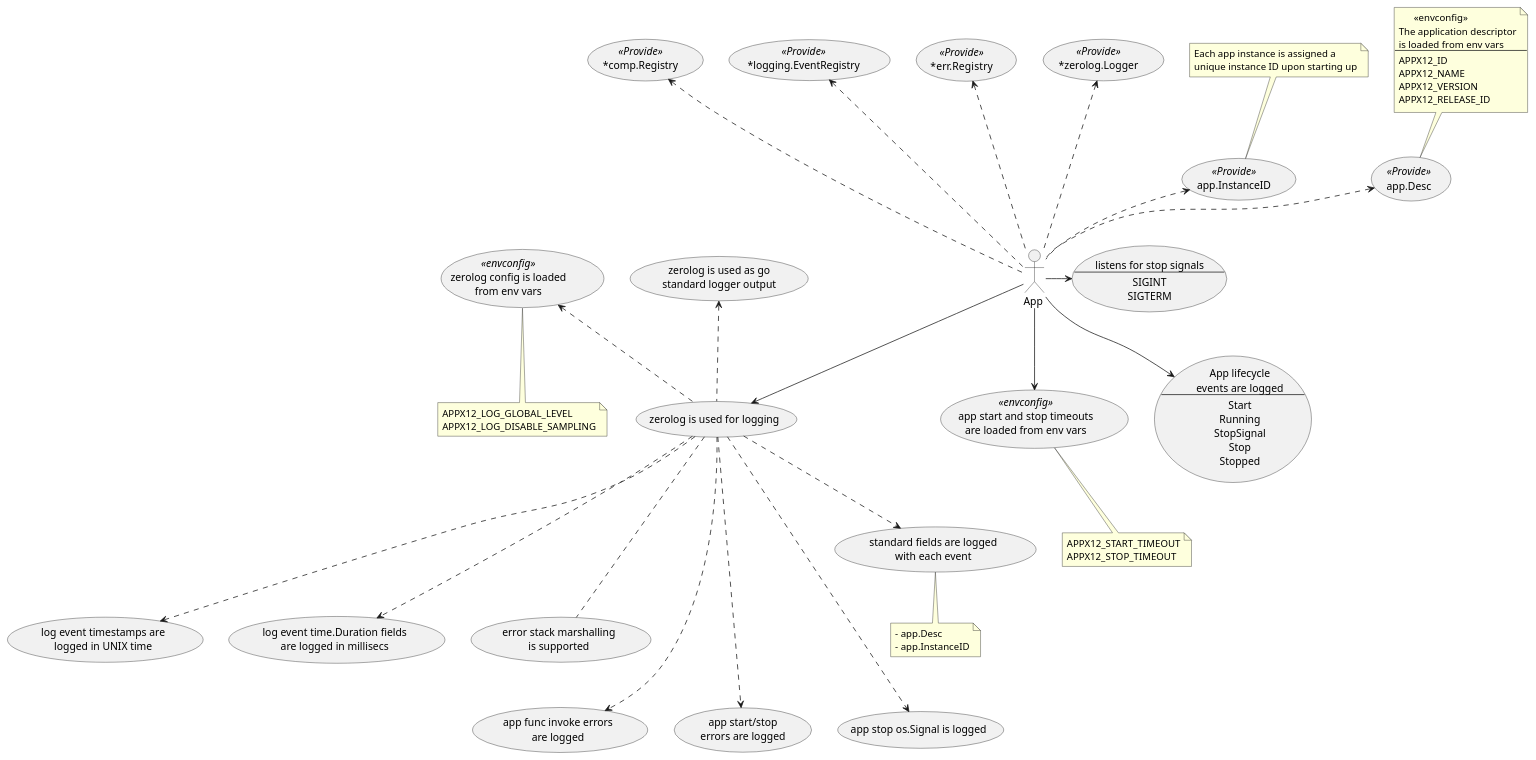
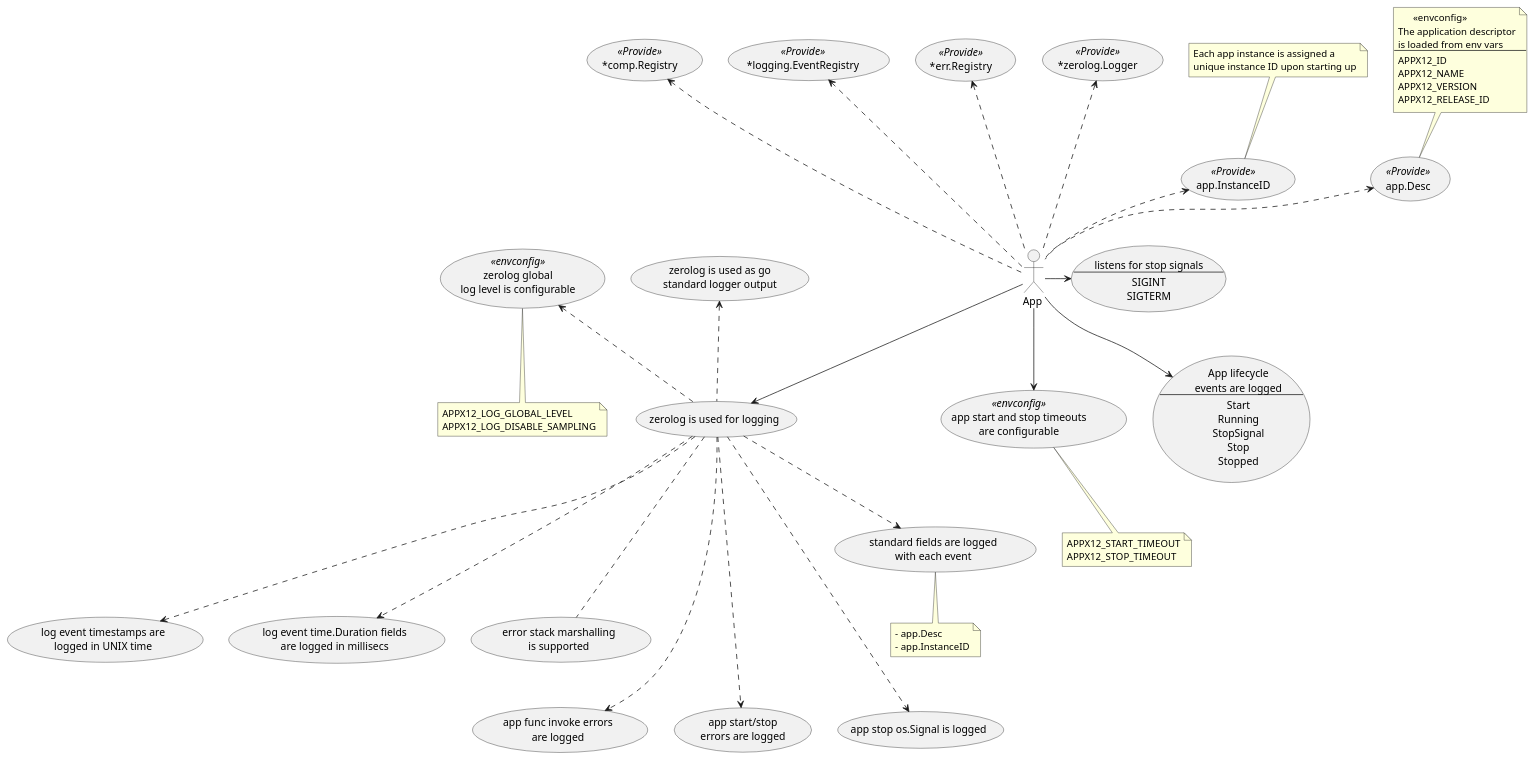
The diagram in pkg/app/fx/usecases.puml (oysterpack/andiamo), drawn with PlantUML before and after one commit. The commit also changed 9 other files, not shown here.

```diff
--- a/pkg/app/fx/usecases.puml
+++ b/pkg/app/fx/usecases.puml
@@ -1,119 +1,120 @@
 @startuml
 skinparam usecase {
 	BackgroundColor<< NEW >> DarkSeaGreen
 	BorderColor<< NEW >> YellowGreen
 }
 
 actor :App : as APP
 
 usecase APP_TIMEOUTS << envconfig >> as "app start and stop timeouts
-are loaded from env vars"
+are configurable"
 
 note bottom of APP_TIMEOUTS {
 APPX12_START_TIMEOUT
 APPX12_STOP_TIMEOUT
 }
 
 usecase APP_LOGGING as "zerolog is used for logging"
-usecase ZEROLOG_CONFIG << envconfig >> as "zerolog config is loaded
-from env vars"
+usecase ZEROLOG_CONFIG << envconfig >> as "
+zerolog global
+log level is configurable"
 
 note bottom of ZEROLOG_CONFIG {
 APPX12_LOG_GLOBAL_LEVEL
 APPX12_LOG_DISABLE_SAMPLING
 }
 
 usecase LOG_APP_DESC as "standard fields are logged
 with each event"
 
 note bottom of LOG_APP_DESC {
 - app.Desc
 - app.InstanceID
 }
 
 usecase LOG_TIMESTAMP as "log event timestamps are
 logged in UNIX time"
 
 usecase LOG_DURATION as "log event time.Duration fields
 are logged in millisecs"
 
 usecase LOG_ERROR_STACK_MARSHALLER as "error stack marshalling
 is supported"
 
 usecase GO_LOGGING as "zerolog is used as go
 standard logger output"
 
 usecase PROVIDE_APP_DESC << Provide >> as "app.Desc"
 
 note top of PROVIDE_APP_DESC {
       <<envconfig>>
 The application descriptor
 is loaded from env vars
 ---
 APPX12_ID
 APPX12_NAME
 APPX12_VERSION
 APPX12_RELEASE_ID
 }
 
 usecase PROVIDE_APP_INSTANCE_ID << Provide >> as "app.InstanceID"
 
 note top of PROVIDE_APP_INSTANCE_ID  {
 Each app instance is assigned a
 unique instance ID upon starting up
 }
 
 usecase PROVIDE_LOGGER << Provide >> as "*zerolog.Logger"
 usecase PROVIDE_ERR_REGISTRY << Provide >> as "*err.Registry"
 usecase PROVIDE_EVENT_REGISTRY << Provide >> as "*logging.EventRegistry"
 usecase PROVIDE_COMP_REGISTRY << Provide >> as "*comp.Registry"
 
 
 APP .up.> PROVIDE_APP_DESC
 APP .up.> PROVIDE_APP_INSTANCE_ID
 APP .up..> PROVIDE_LOGGER
 APP .up..> PROVIDE_ERR_REGISTRY
 APP .up..> PROVIDE_EVENT_REGISTRY
 APP .up..> PROVIDE_COMP_REGISTRY
 
 usecase LOG_APP_LIFECYCLE_EVENTS as "App lifecycle
 events are logged
 ---
 Start
 Running
 StopSignal
 Stop
 Stopped"
 
 usecase LOG_APP_INVOKE_ERRORS as "app func invoke errors
 are logged"
 
 usecase LOG_APP_START_STOP_ERRORS as "app start/stop
 errors are logged"
 
 usecase LOG_STOP_SIGNAL_EVENT as "app stop os.Signal is logged"
 
 usecase APP_STOP_SIGNALS as "listens for stop signals
 ---
 SIGINT
 SIGTERM
 "
 
 APP_LOGGING .up.> GO_LOGGING
 APP_LOGGING .up.> ZEROLOG_CONFIG
 APP_LOGGING ..> LOG_APP_DESC
 APP_LOGGING ...> LOG_TIMESTAMP
 APP_LOGGING ...> LOG_DURATION
 APP_LOGGING ....> LOG_APP_INVOKE_ERRORS
 APP_LOGGING ....> LOG_APP_START_STOP_ERRORS
 APP_LOGGING ....> LOG_STOP_SIGNAL_EVENT
 APP_LOGGING ... LOG_ERROR_STACK_MARSHALLER
 
 
 APP --> APP_TIMEOUTS
 APP --> APP_LOGGING
 
 APP --> LOG_APP_LIFECYCLE_EVENTS
 APP -> APP_STOP_SIGNALS
 
 @enduml
```
